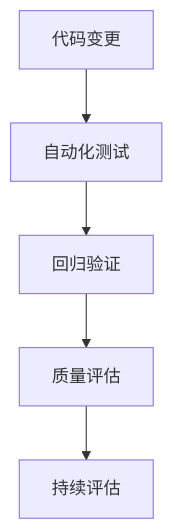
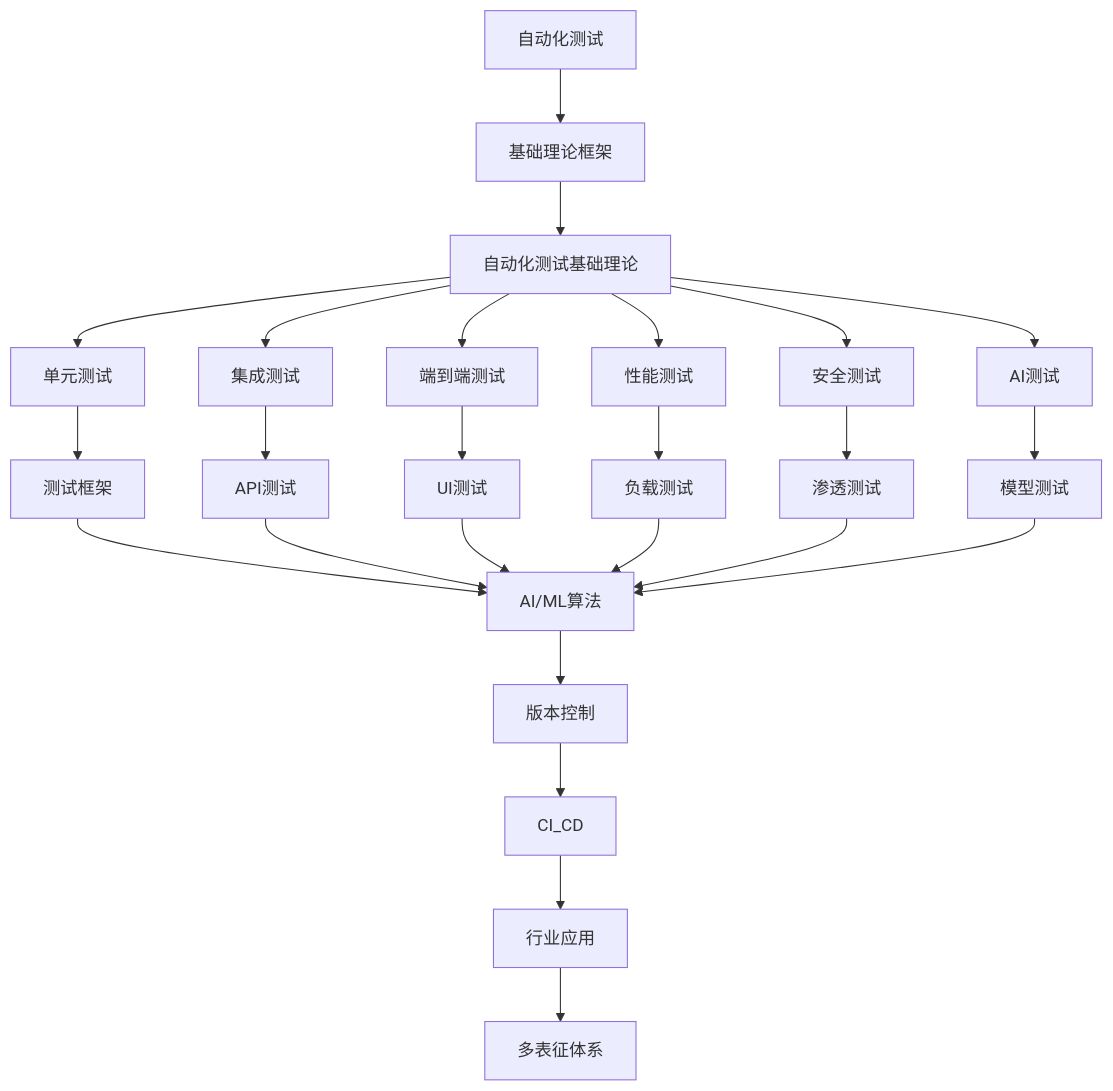
One commit to AdaMartin18010/Data-Science changed the diagram in Analysis/7-持续集成与演进/7.2-自动化测试/README.md. Above: the diagram before and after it, drawn with Mermaid. The commit also changed other lines of this file and 27 other files, not shown here.

````diff
--- a/Analysis/7-持续集成与演进/7.2-自动化测试/README.md
+++ b/Analysis/7-持续集成与演进/7.2-自动化测试/README.md
@@ -22,7 +18,22 @@
 ```mermaid
 flowchart TD
-  C[代码变更] --> T[自动化测试]
-  T --> R[回归验证]
-  R --> Q[质量评估]
-  Q --> E[持续评估]
+  A[自动化测试] --> B[基础理论框架]
+  B --> C[自动化测试基础理论]
+  C --> D[单元测试]
+  C --> E[集成测试]
+  C --> F[端到端测试]
+  C --> G[性能测试]
+  C --> H[安全测试]
+  C --> I[AI测试]
+  D --> J[测试框架]
+  E --> K[API测试]
+  F --> L[UI测试]
+  G --> M[负载测试]
+  H --> N[渗透测试]
+  I --> O[模型测试]
+  J & K & L & M & N & O --> P[AI/ML算法]
+  P --> Q[版本控制]
+  Q --> R[CI_CD]
+  R --> S[行业应用]
+  S --> T[多表征体系]
 ```
````
